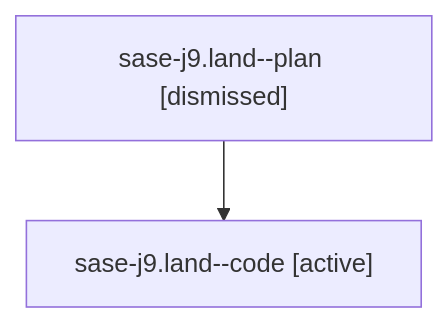
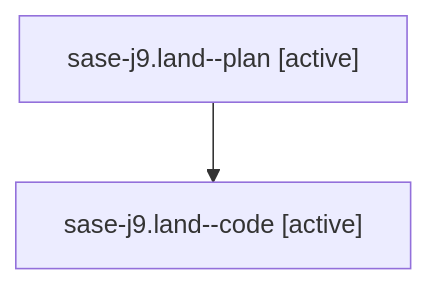
One commit to sase-org/sase--agents changed the diagram in families/bbugyi200.athena.sase-j9.land.md. Above: the diagram before and after it, drawn with Mermaid. The commit also changed other lines of this file and 35830 other files, not shown here.

````diff
--- a/families/bbugyi200.athena.sase-j9.land.md
+++ b/families/bbugyi200.athena.sase-j9.land.md
@@ -9,6 +9,6 @@
 ```mermaid
 flowchart TD
-  n0["sase-j9.land--plan [dismissed]"]
+  n0["sase-j9.land--plan [active]"]
   n1["sase-j9.land--code [active]"]
   n0 --> n1
 ```
````
